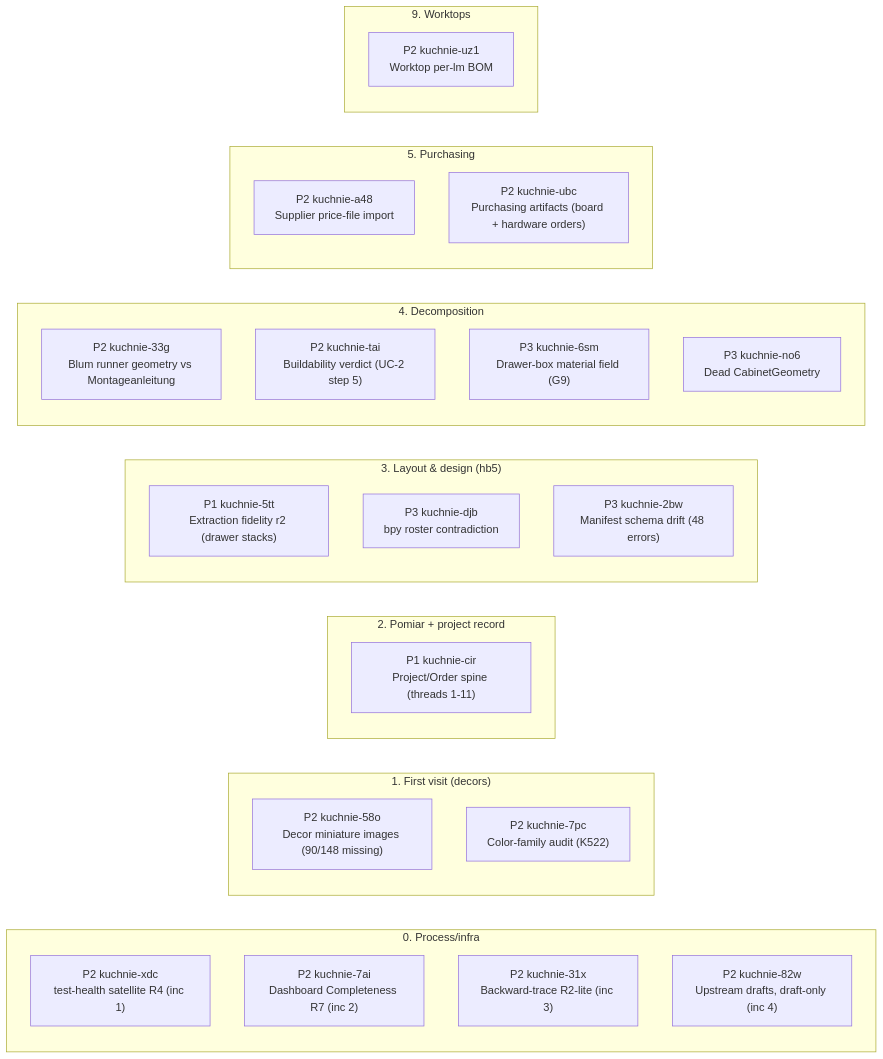
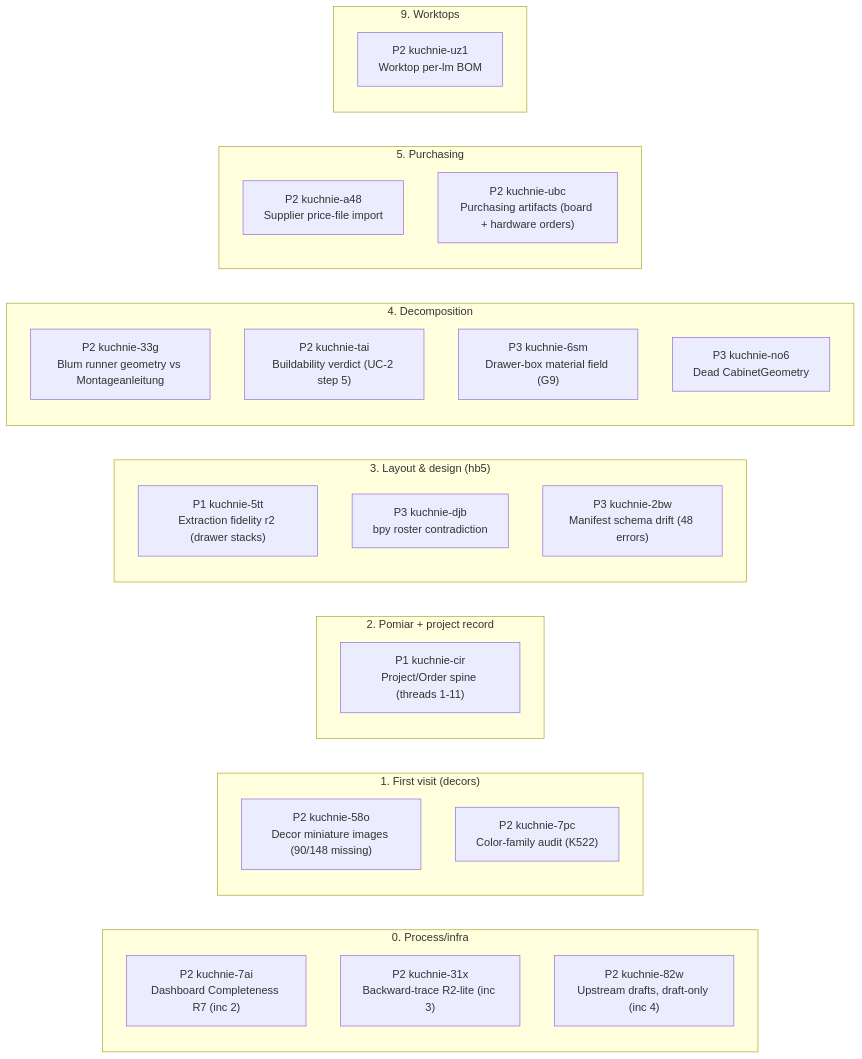
One commit to m1981/kuchnie changed the first of 2 diagrams in STATUS.md. Above: the diagram before and after it, drawn with Mermaid. The commit also changed other lines of this file and 2 other files, not shown here.

Commit message:
truth: inc 1 closed (wk-0d7a80d2 -> tr-461fe482); STATUS regenerated

````diff
--- a/STATUS.md
+++ b/STATUS.md
@@ -37,34 +37,33 @@
 ```mermaid
 flowchart LR
     subgraph s0 ["0. Process/infra"]
-        kuchnie_xdc["P2 kuchnie-xdc<br/>test-health satellite R4 (inc 1)"]
         kuchnie_7ai["P2 kuchnie-7ai<br/>Dashboard Completeness R7 (inc 2)"]
         kuchnie_31x["P2 kuchnie-31x<br/>Backward-trace R2-lite (inc 3)"]
         kuchnie_82w["P2 kuchnie-82w<br/>Upstream drafts, draft-only (inc 4)"]
     end
     subgraph s1 ["1. First visit (decors)"]
         kuchnie_58o["P2 kuchnie-58o<br/>Decor miniature images (90/148 missing)"]
         kuchnie_7pc["P2 kuchnie-7pc<br/>Color-family audit (K522)"]
     end
     subgraph s2 ["2. Pomiar + project record"]
         kuchnie_cir["P1 kuchnie-cir<br/>Project/Order spine (threads 1-11)"]
     end
     subgraph s3 ["3. Layout & design (hb5)"]
         kuchnie_5tt["P1 kuchnie-5tt<br/>Extraction fidelity r2 (drawer stacks)"]
         kuchnie_djb["P3 kuchnie-djb<br/>bpy roster contradiction"]
         kuchnie_2bw["P3 kuchnie-2bw<br/>Manifest schema drift (48 errors)"]
     end
     subgraph s4 ["4. Decomposition"]
         kuchnie_33g["P2 kuchnie-33g<br/>Blum runner geometry vs Montageanleitung"]
         kuchnie_tai["P2 kuchnie-tai<br/>Buildability verdict (UC-2 step 5)"]
         kuchnie_6sm["P3 kuchnie-6sm<br/>Drawer-box material field (G9)"]
         kuchnie_no6["P3 kuchnie-no6<br/>Dead CabinetGeometry"]
     end
     subgraph s5 ["5. Purchasing"]
         kuchnie_a48["P2 kuchnie-a48<br/>Supplier price-file import"]
         kuchnie_ubc["P2 kuchnie-ubc<br/>Purchasing artifacts (board + hardware orders)"]
     end
     subgraph s9 ["9. Worktops"]
         kuchnie_uz1["P2 kuchnie-uz1<br/>Worktop per-lm BOM"]
     end
 ```
````
